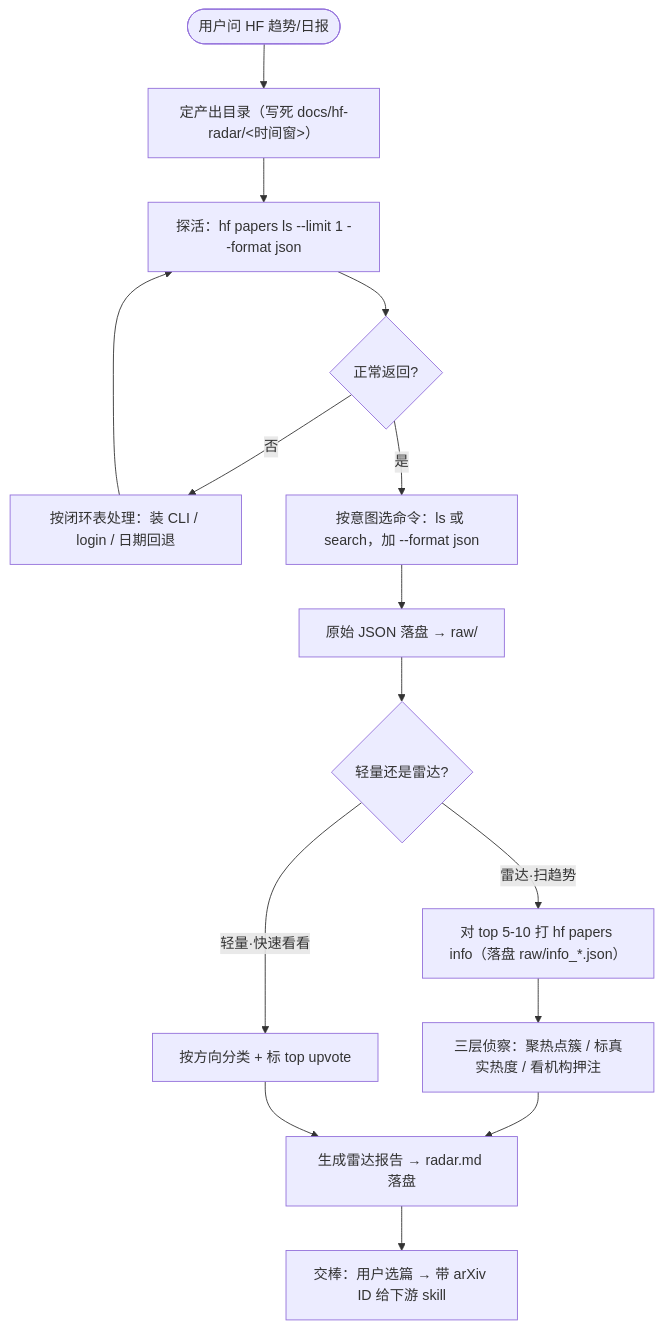
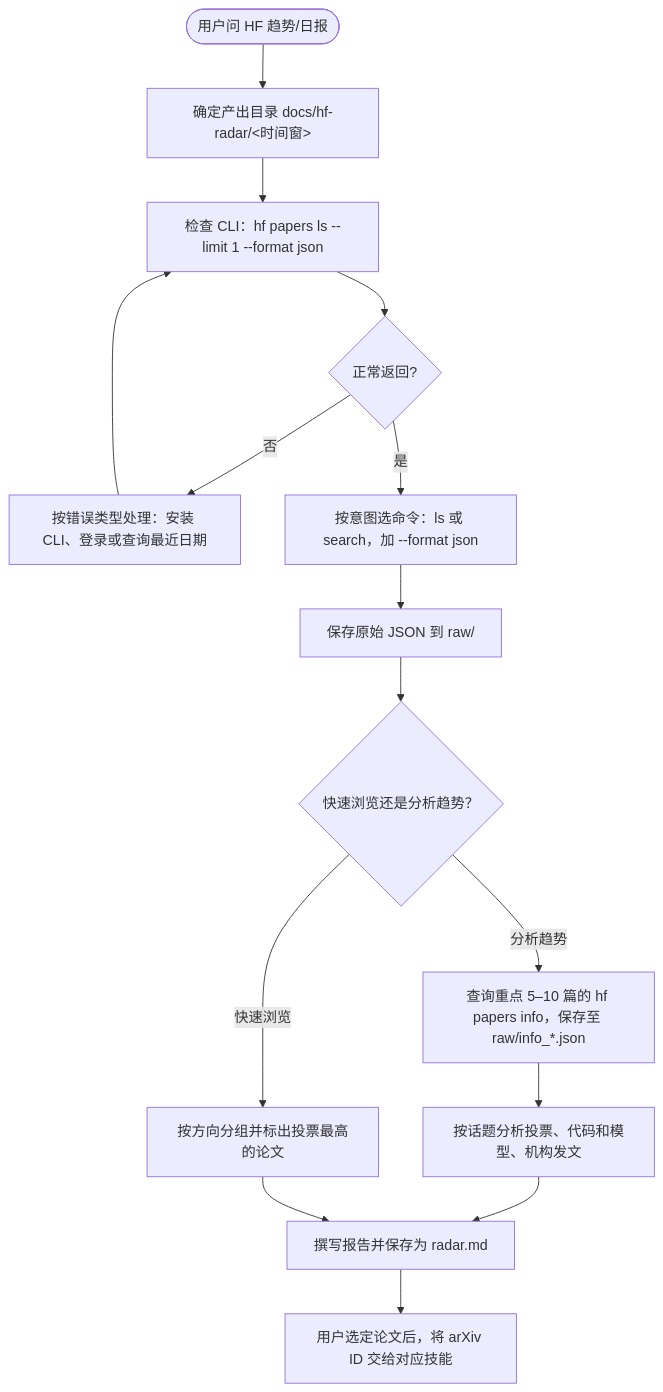
Before and after one commit to jackwang0108/dl-assistant: the second of 2 diagrams in plugins/dl-assistant/skills/hf-trending-papers/SKILL.md, drawn with Mermaid. The commit also changed other lines of this file and 143 other files, not shown here.

````diff
--- a/plugins/dl-assistant/skills/hf-trending-papers/SKILL.md
+++ b/plugins/dl-assistant/skills/hf-trending-papers/SKILL.md
@@ -34,17 +34,17 @@
 ```mermaid
 flowchart TD
-    A(["用户问 HF 趋势/日报"]) --> B["定产出目录（写死 docs/hf-radar/<时间窗>）"]
-    B --> C["探活：hf papers ls --limit 1 --format json"]
+    A(["用户问 HF 趋势/日报"]) --> B["确定产出目录 docs/hf-radar/<时间窗>"]
+    B --> C["检查 CLI：hf papers ls --limit 1 --format json"]
     C --> D{正常返回?}
-    D -->|否| E["按闭环表处理：装 CLI / login / 日期回退"]
+    D -->|否| E["按错误类型处理：安装 CLI、登录或查询最近日期"]
     E --> C
     D -->|是| F["按意图选命令：ls 或 search，加 --format json"]
-    F --> G["原始 JSON 落盘 → raw/"]
-    G --> H{轻量还是雷达?}
-    H -->|轻量·快速看看| I["按方向分类 + 标 top upvote"]
-    H -->|雷达·扫趋势| J["对 top 5-10 打 hf papers info（落盘 raw/info_*.json）"]
-    J --> K["三层侦察：聚热点簇 / 标真实热度 / 看机构押注"]
-    K --> L["生成雷达报告 → radar.md 落盘"]
+    F --> G["保存原始 JSON 到 raw/"]
+    G --> H{快速浏览还是分析趋势？}
+    H -->|快速浏览| I["按方向分组并标出投票最高的论文"]
+    H -->|分析趋势| J["查询重点 5–10 篇的 hf papers info，保存至 raw/info_*.json"]
+    J --> K["按话题分析投票、代码和模型、机构发文"]
+    K --> L["撰写报告并保存为 radar.md"]
     I --> L
-    L --> M["交棒：用户选篇 → 带 arXiv ID 给下游 skill"]
+    L --> M["用户选定论文后，将 arXiv ID 交给对应技能"]
 ```
````
